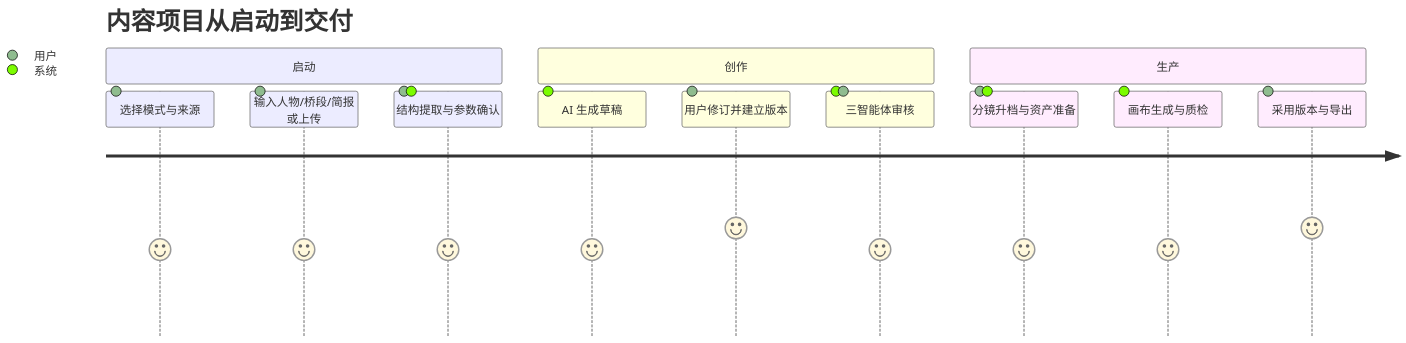
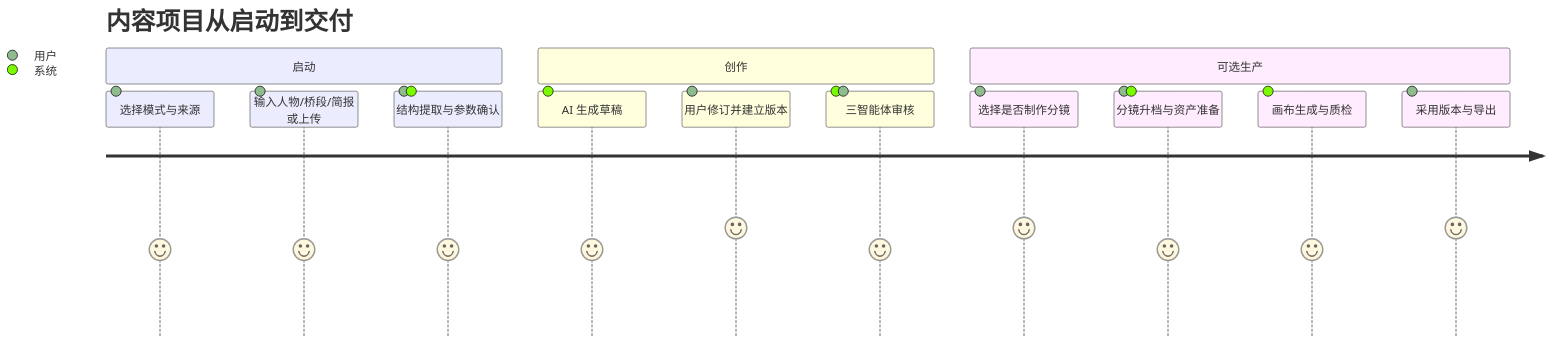
Before and after one commit to chuck0824/ai-comic-platform: the third of 4 diagrams in docs/superpowers/specs/2026-06-29-script-creation-v7-prd.md, drawn with Mermaid. The commit also changed other lines of this file, not shown here.

Commit message:
docs: refine V7 adaptive flow and optional storyboards

````diff
--- a/docs/superpowers/specs/2026-06-29-script-creation-v7-prd.md
+++ b/docs/superpowers/specs/2026-06-29-script-creation-v7-prd.md
@@ -182,16 +193,17 @@
 ```mermaid
 journey
     title 内容项目从启动到交付
     section 启动
       选择模式与来源: 4: 用户
       输入人物/桥段/简报或上传: 4: 用户
       结构提取与参数确认: 4: 用户,系统
     section 创作
       AI 生成草稿: 4: 系统
       用户修订并建立版本: 5: 用户
       三智能体审核: 4: 系统,用户
-    section 生产
+    section 可选生产
+      选择是否制作分镜: 5: 用户
       分镜升档与资产准备: 4: 用户,系统
       画布生成与质检: 4: 系统
       采用版本与导出: 5: 用户
 ```
````
